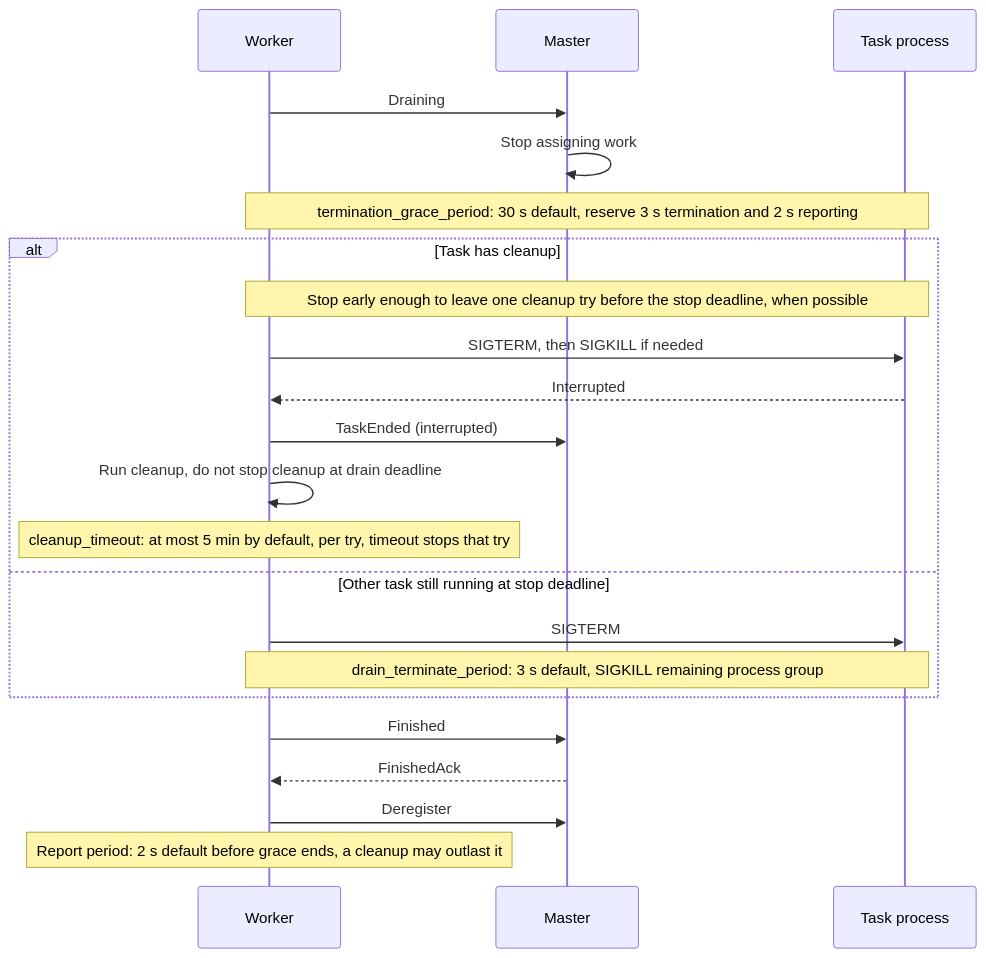
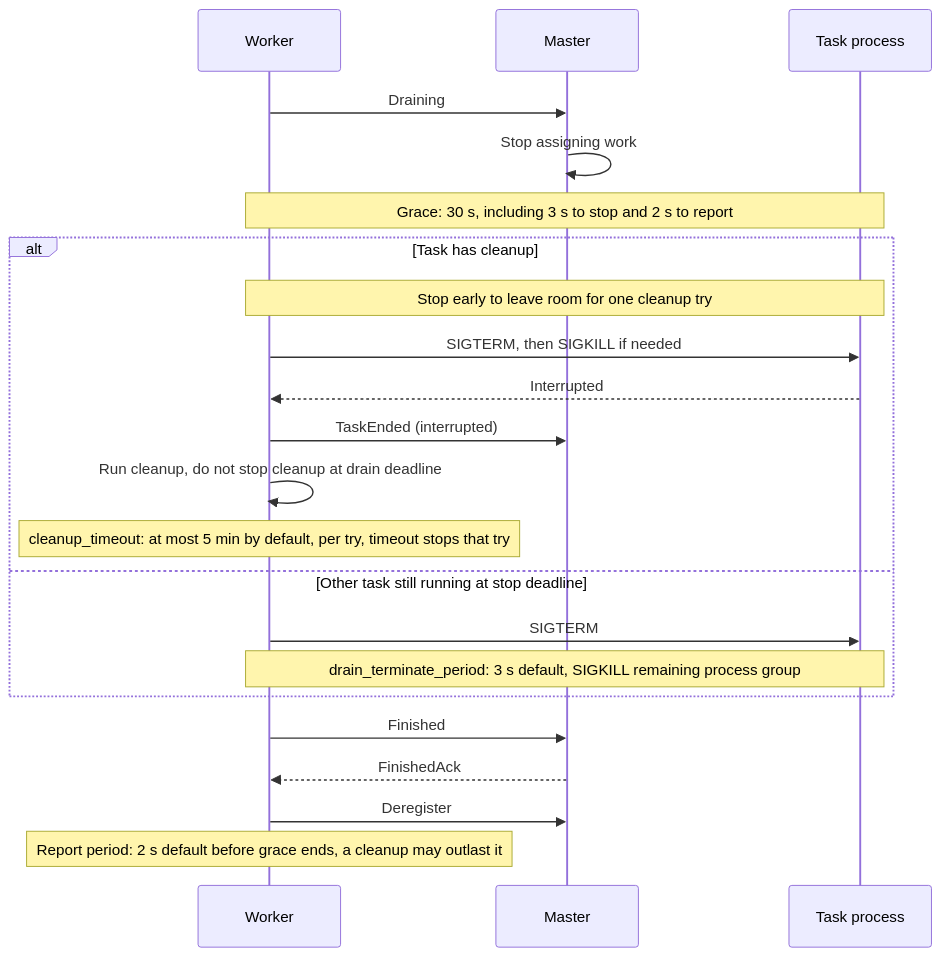
One commit to ptutak/schedr changed diagram 14 of 18 in docs/03-guide/15-protocol.md. Above: the diagram before and after it, drawn with Mermaid. The commit also changed other lines of this file and 8 other files, not shown here.

````diff
--- a/docs/03-guide/15-protocol.md
+++ b/docs/03-guide/15-protocol.md
@@ -368,24 +371,24 @@
 ```{mermaid}
 sequenceDiagram
     participant W as Worker
     participant M as Master
     participant P as Task process
     W->>M: Draining
     M->>M: Stop assigning work
-    Note over W,P: termination_grace_period: 30 s default, reserve 3 s termination and 2 s reporting
+    Note over W,P: Grace: 30 s, including 3 s to stop and 2 s to report
     alt Task has cleanup
-        Note over W,P: Stop early enough to leave one cleanup try before the stop deadline, when possible
+        Note over W,P: Stop early to leave room for one cleanup try
         W->>P: SIGTERM, then SIGKILL if needed
         P-->>W: Interrupted
         W->>M: TaskEnded (interrupted)
         W->>W: Run cleanup, do not stop cleanup at drain deadline
         Note over W: cleanup_timeout: at most 5 min by default, per try, timeout stops that try
     else Other task still running at stop deadline
         W->>P: SIGTERM
         Note over W,P: drain_terminate_period: 3 s default, SIGKILL remaining process group
     end
     W->>M: Finished
     M-->>W: FinishedAck
     W->>M: Deregister
     Note over W: Report period: 2 s default before grace ends, a cleanup may outlast it
 ```
````
